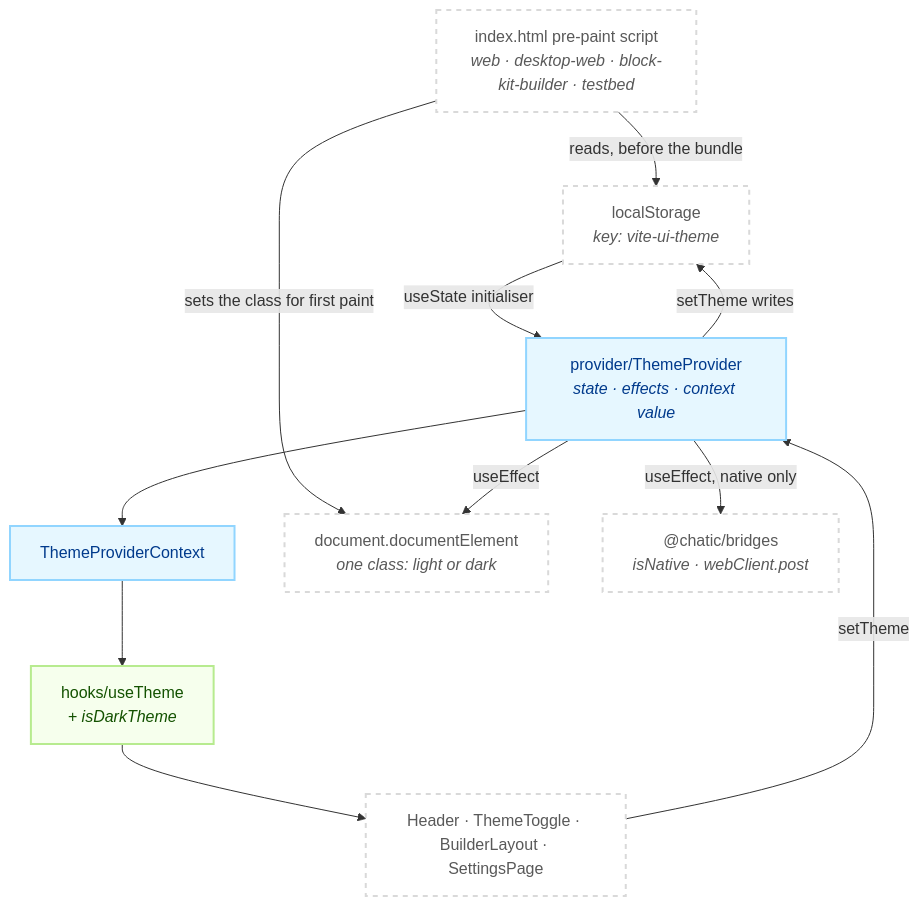
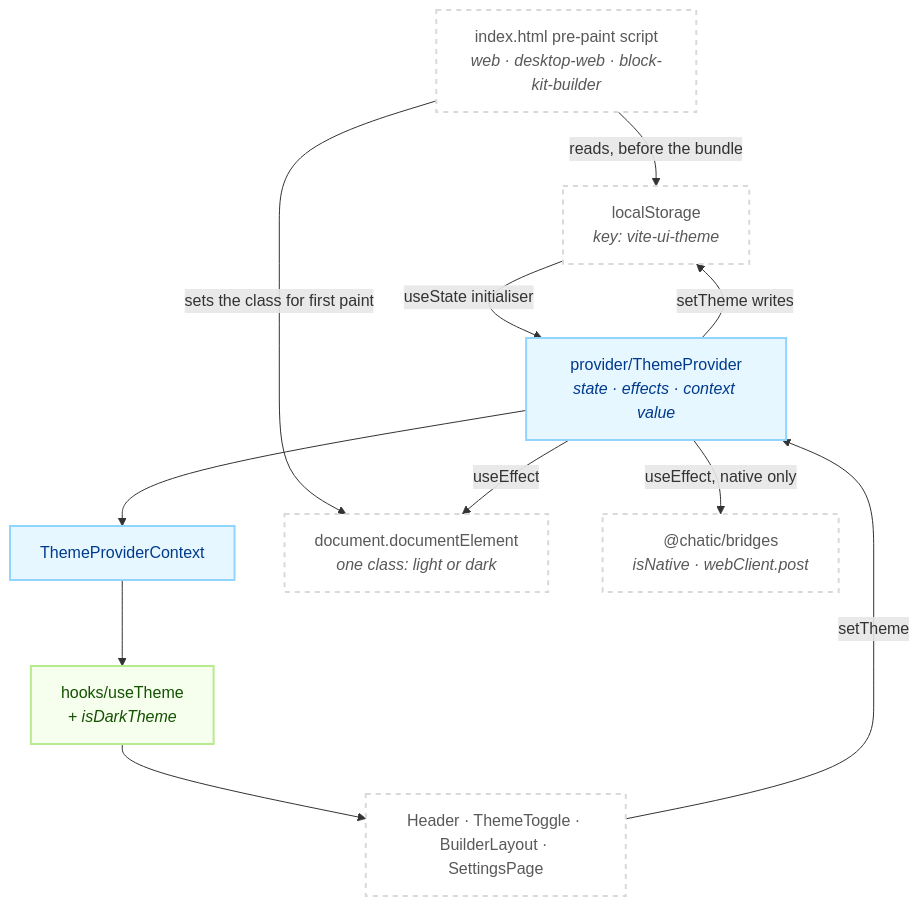
Before and after one commit to lemoncloud-io/dou-app: the first of 2 diagrams in libs/theme/README.md, drawn with Mermaid. The commit also changed other lines of this file and 484 other files, not shown here.

````diff
--- a/libs/theme/README.md
+++ b/libs/theme/README.md
@@ -84,28 +84,28 @@
 ```mermaid
 flowchart TD
     classDef prov fill:#e6f7ff,stroke:#91d5ff,stroke-width:2px,color:#003a8c;
     classDef hook fill:#f6ffed,stroke:#b7eb8f,stroke-width:2px,color:#135200;
     classDef ext fill:#ffffff,stroke:#d9d9d9,stroke-width:2px,color:#595959,stroke-dasharray: 5 5;
 
-    Pre["index.html pre-paint script<br/><i>web · desktop-web · block-kit-builder · testbed</i>"]:::ext
+    Pre["index.html pre-paint script<br/><i>web · desktop-web · block-kit-builder</i>"]:::ext
     LS["localStorage<br/><i>key: vite-ui-theme</i>"]:::ext
 
     Prov["provider/ThemeProvider<br/><i>state · effects · context value</i>"]:::prov
     Ctx["ThemeProviderContext"]:::prov
     Hook["hooks/useTheme<br/><i>+ isDarkTheme</i>"]:::hook
 
     Root["document.documentElement<br/><i>one class: light or dark</i>"]:::ext
     Bridge["@chatic/bridges<br/><i>isNative · webClient.post</i>"]:::ext
     Consumer["Header · ThemeToggle · BuilderLayout · SettingsPage"]:::ext
 
     Pre -->|reads, before the bundle| LS
     Pre -->|sets the class for first paint| Root
     LS -->|useState initialiser| Prov
     Prov -->|setTheme writes| LS
     Prov -->|useEffect| Root
     Prov -->|useEffect, native only| Bridge
     Prov --> Ctx
     Ctx --> Hook
     Hook --> Consumer
     Consumer -->|setTheme| Prov
 ```
````
